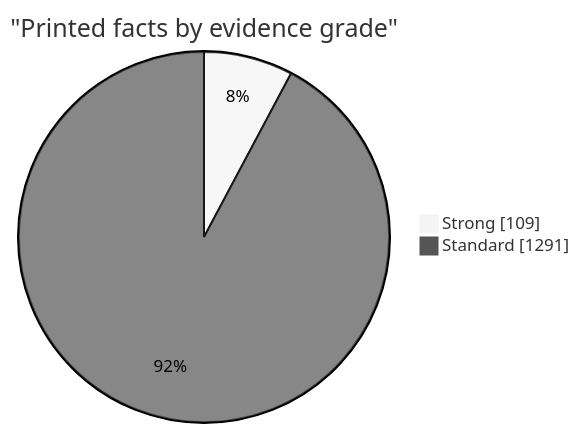
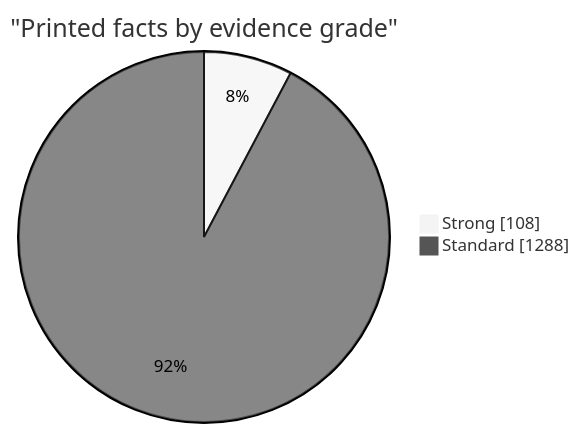
Before and after one commit to EU27-data-sovereignty/eu27-data-sovereignty: the first of 5 diagrams in docs/evidence.md, drawn with Mermaid (neutral theme). The commit also changed other lines of this file and 57 other files, not shown here.

````diff
--- a/docs/evidence.md
+++ b/docs/evidence.md
@@ -18,6 +18,6 @@
 ```mermaid
 pie showData
   title "Printed facts by evidence grade"
-  "Strong" : 109
-  "Standard" : 1291
+  "Strong" : 108
+  "Standard" : 1288
 ```
````
